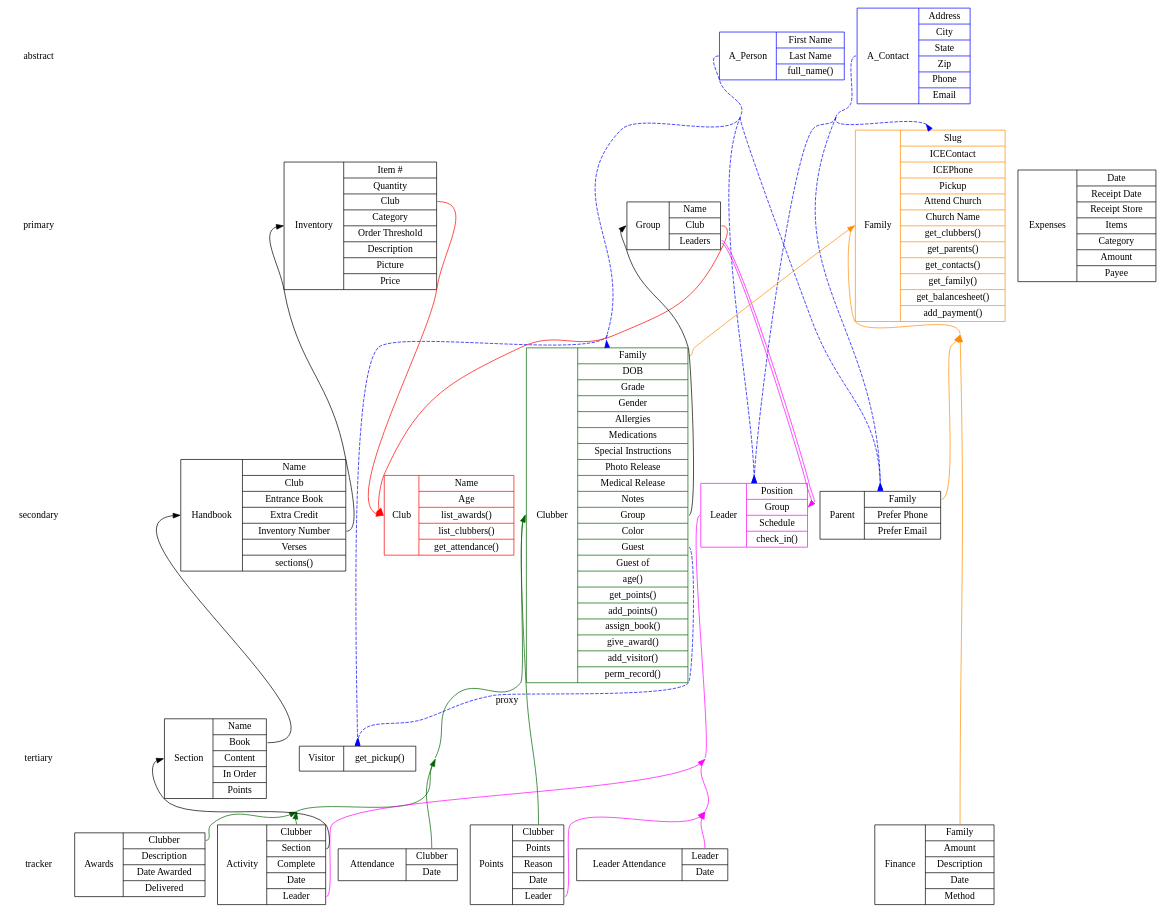
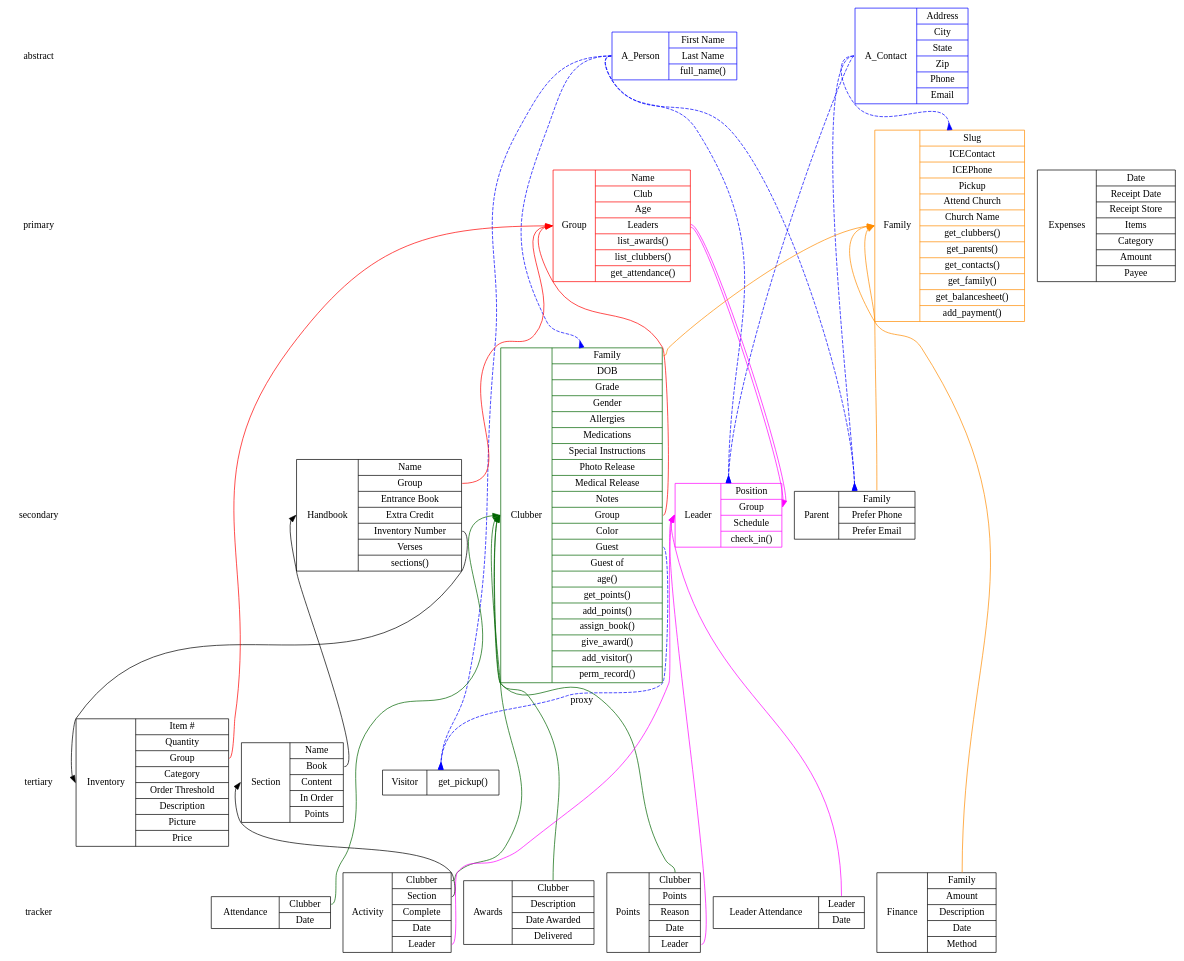
Before and after one commit to fbcp-awanas/website: the diagram in datamodel.dot, drawn with Graphviz.

Commit message:
Removed club

```diff
--- a/datamodel.dot
+++ b/datamodel.dot
@@ -1,7 +1,7 @@
 digraph awanas {
 
-concentrate=true;
-splines=curves;
+// concentrate=true;
+// splines=;
 
 node [shape=record];
 
@@ -13,9 +13,9 @@
 }
 {
     { rank=same; abstract; A_person; A_contact; }
-    { rank=same; primary; family; group; inv; expenses; };
-    { rank=same; secondary; clubber; parent; handbook; club; leader;};
-    { rank=same; tertiary; visitor; section;  };
+    { rank=same; primary; family; expenses; group; };
+    { rank=same; secondary; clubber; parent; handbook; leader;};
+    { rank=same; tertiary; visitor; section; inv; };
     { rank=same; tracker; finance; points; attendance; l_attendance; award; activity; };
 }
 
@@ -79,16 +79,15 @@
 
 // Club Info
  {
-    club [color=red label="<id>Club|{Name|
-                                     Age|
-                                     <list_awards>list_awards()|
-                                     <list_clubbers>list_clubbers()|
-                                     <attendance>get_attendance()}" ];
-    group [label="<id>Group|{Name|
-                             <club>Club|
-                             <leader>Leaders}"]
+    group [color=red label="<id>Group|{Name|
+                                       Club|
+                                       Age|
+                                       <leader>Leaders|
+                                       <list_awards>list_awards()|
+                                       <list_clubbers>list_clubbers()|
+                                       <attendance>get_attendance()}" ];
     handbook [label="<id>Handbook|{Name|
-                                   <club>Club|
+                                   <group>Group|
                                    Entrance Book|
                                    Extra Credit|
                                    <inv>Inventory Number|
@@ -101,7 +100,7 @@
                                  Points}"];
     inv [label="<id>Inventory|{<id>Item #|
                                Quantity|
-                               <club>Club|
+                               <group>Group|
                                Category|
                                Order Threshold|
                                Description|
@@ -172,12 +171,12 @@
     attendance:clubber -> clubber:id:w
 }
 
-// -> club
+// -> group
 {
     edge [color=red]
-    handbook:club -> club:id:w
-    inv:club -> club:id:w
-    group:club -> club:id:w
+    handbook:group -> group:id:w
+    clubber:group -> group:id:w
+    inv:group -> "group":id:w
 }
 
 // -> leader
@@ -194,8 +193,6 @@
     handbook:inv -> inv:id:w
     section:book -> handbook:id:w
     activity:section -> section:id:w
-    clubber:group -> group:id:w
-
 }
 
 // Family methods
```
